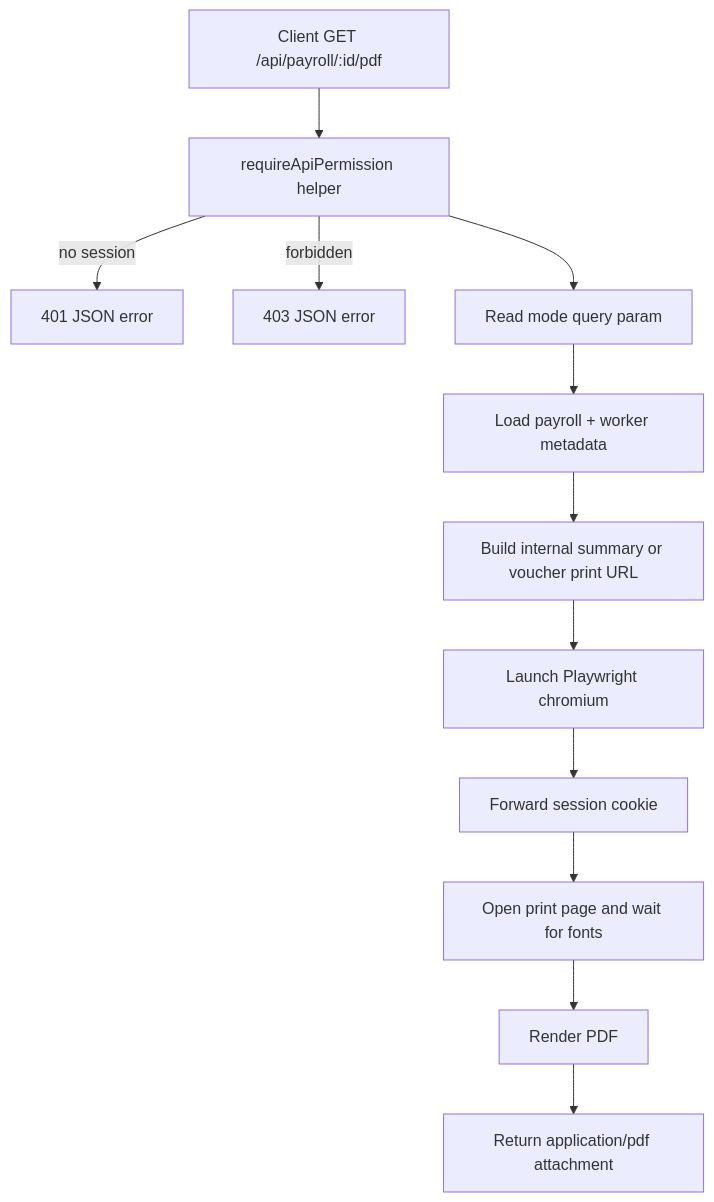
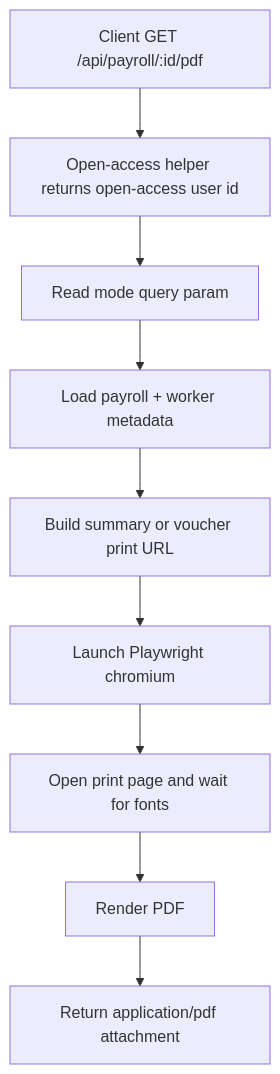
Before and after one commit to daniellim922/One-Laundry-Project-Alpha-v1: the second of 5 diagrams in .codex/docs/api-workflows.md, drawn with Mermaid. The commit also changed other lines of this file and 7 other files, not shown here.

````diff
--- a/.codex/docs/api-workflows.md
+++ b/.codex/docs/api-workflows.md
@@ -68,14 +44,11 @@
 ```mermaid
 flowchart TD
-    A[Client GET /api/payroll/:id/pdf] --> B[requireApiPermission helper]
-    B -->|no session| C[401 JSON error]
-    B -->|forbidden| D[403 JSON error]
-    B --> E[Read mode query param]
-    E --> F[Load payroll + worker metadata]
-    F --> G[Build internal summary or voucher print URL]
-    G --> H[Launch Playwright chromium]
-    H --> I[Forward session cookie]
-    I --> J[Open print page and wait for fonts]
-    J --> K[Render PDF]
-    K --> L[Return application/pdf attachment]
+    A[Client GET /api/payroll/:id/pdf] --> B[Open-access helper returns open-access user id]
+    B --> C[Read mode query param]
+    C --> D[Load payroll + worker metadata]
+    D --> E[Build summary or voucher print URL]
+    E --> F[Launch Playwright chromium]
+    F --> G[Open print page and wait for fonts]
+    G --> H[Render PDF]
+    H --> I[Return application/pdf attachment]
 ```
````
